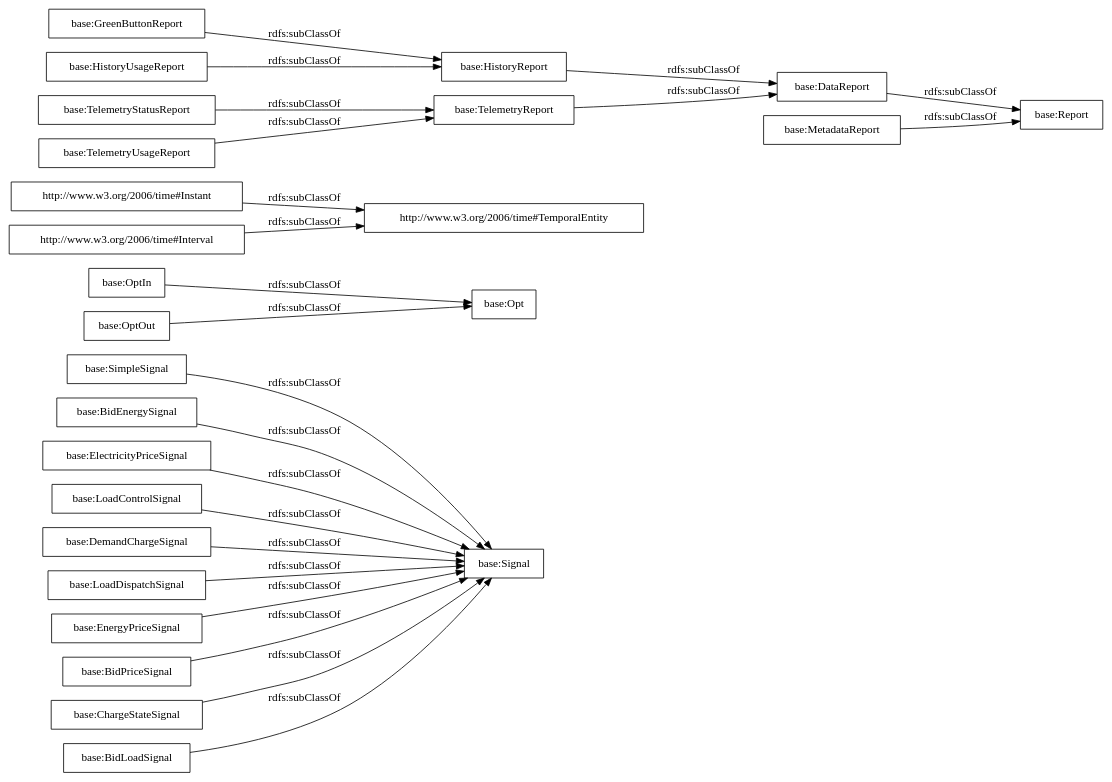
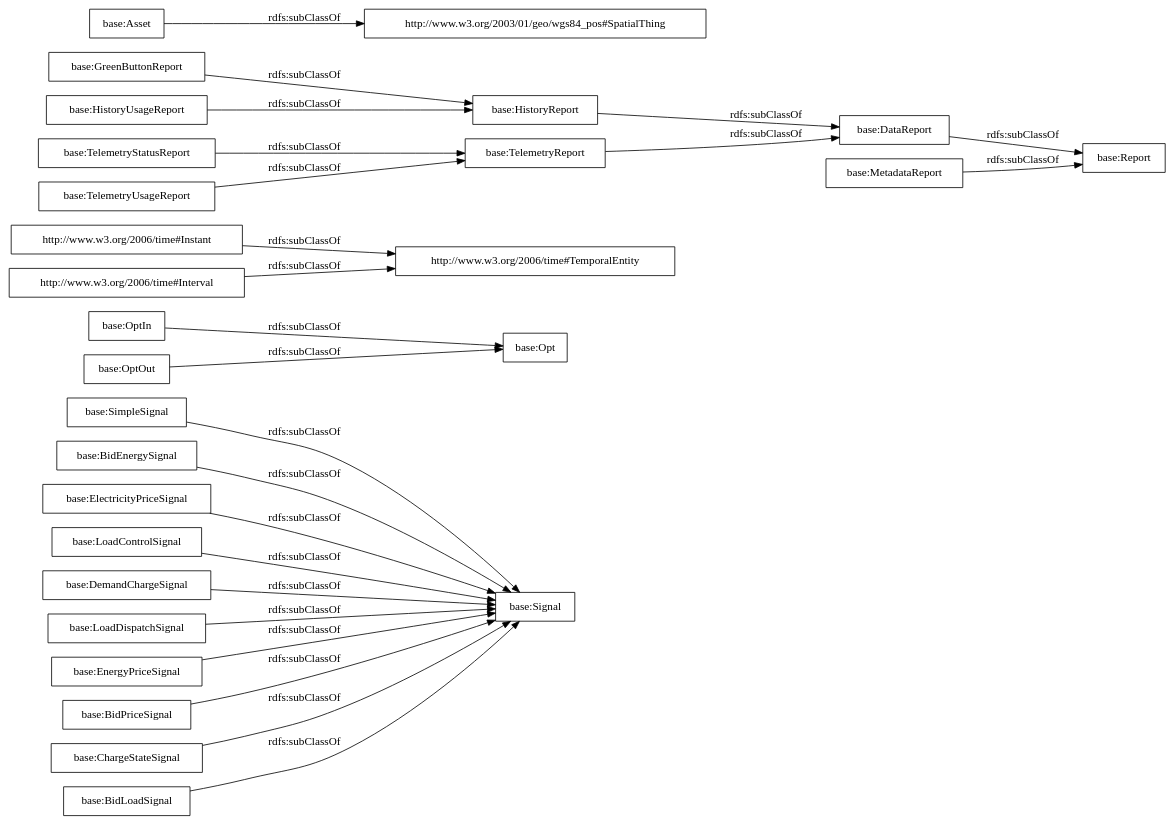
The diagram in OnToology/ontology/openADRontology.owl/diagrams/ar2dtool-taxonomy/openADRontology.owl.png.dot (albaizq/OpenADRontology), drawn with Graphviz before and after one commit. The commit also changed 45 other files, not shown here.

```diff
--- a/OnToology/ontology/openADRontology.owl/diagrams/ar2dtool-taxonomy/openADRontology.owl.png.dot
+++ b/OnToology/ontology/openADRontology.owl/diagrams/ar2dtool-taxonomy/openADRontology.owl.png.dot
@@ -1,28 +1,29 @@
 digraph ar2dtool_diagram { 
 rankdir=LR;
 size="1000"
-node [shape = rectangle, color="black"]; "base:SimpleSignal" "base:Signal" "base:Opt" "http://www.w3.org/2006/time#Instant" "base:GreenButtonReport" "base:DataReport" "base:TelemetryUsageReport" "base:BidEnergySignal" "base:ElectricityPriceSignal" "base:LoadControlSignal" "base:HistoryReport" "base:DemandChargeSignal" "base:OptIn" "base:LoadDispatchSignal" "base:OptOut" "base:EnergyPriceSignal" "base:TelemetryStatusReport" "base:BidPriceSignal" "http://www.w3.org/2006/time#Interval" "base:ChargeStateSignal" "http://www.w3.org/2006/time#TemporalEntity" "base:TelemetryReport" "base:BidLoadSignal" "base:MetadataReport" "base:HistoryUsageReport" "base:Report" ; /*classes style*/
+node [shape = rectangle, color="black"]; "base:SimpleSignal" "base:Signal" "base:Opt" "http://www.w3.org/2006/time#Instant" "base:GreenButtonReport" "base:DataReport" "base:TelemetryUsageReport" "base:BidEnergySignal" "base:ElectricityPriceSignal" "base:LoadControlSignal" "base:HistoryReport" "base:DemandChargeSignal" "base:OptIn" "base:LoadDispatchSignal" "base:OptOut" "base:EnergyPriceSignal" "base:TelemetryStatusReport" "base:BidPriceSignal" "http://www.w3.org/2003/01/geo/wgs84_pos#SpatialThing" "base:Asset" "http://www.w3.org/2006/time#Interval" "base:ChargeStateSignal" "http://www.w3.org/2006/time#TemporalEntity" "base:TelemetryReport" "base:BidLoadSignal" "base:MetadataReport" "base:HistoryUsageReport" "base:Report" ; /*classes style*/
+	"base:Asset" -> "http://www.w3.org/2003/01/geo/wgs84_pos#SpatialThing" [ label = "rdfs:subClassOf" ];
 	"base:DataReport" -> "base:Report" [ label = "rdfs:subClassOf" ];
 	"base:EnergyPriceSignal" -> "base:Signal" [ label = "rdfs:subClassOf" ];
 	"base:SimpleSignal" -> "base:Signal" [ label = "rdfs:subClassOf" ];
 	"base:TelemetryUsageReport" -> "base:TelemetryReport" [ label = "rdfs:subClassOf" ];
 	"base:ChargeStateSignal" -> "base:Signal" [ label = "rdfs:subClassOf" ];
 	"base:HistoryReport" -> "base:DataReport" [ label = "rdfs:subClassOf" ];
 	"http://www.w3.org/2006/time#Interval" -> "http://www.w3.org/2006/time#TemporalEntity" [ label = "rdfs:subClassOf" ];
 	"base:GreenButtonReport" -> "base:HistoryReport" [ label = "rdfs:subClassOf" ];
 	"base:BidLoadSignal" -> "base:Signal" [ label = "rdfs:subClassOf" ];
 	"base:LoadControlSignal" -> "base:Signal" [ label = "rdfs:subClassOf" ];
 	"base:OptOut" -> "base:Opt" [ label = "rdfs:subClassOf" ];
 	"base:BidEnergySignal" -> "base:Signal" [ label = "rdfs:subClassOf" ];
 	"base:BidPriceSignal" -> "base:Signal" [ label = "rdfs:subClassOf" ];
 	"base:ElectricityPriceSignal" -> "base:Signal" [ label = "rdfs:subClassOf" ];
 	"base:OptIn" -> "base:Opt" [ label = "rdfs:subClassOf" ];
 	"base:MetadataReport" -> "base:Report" [ label = "rdfs:subClassOf" ];
 	"http://www.w3.org/2006/time#Instant" -> "http://www.w3.org/2006/time#TemporalEntity" [ label = "rdfs:subClassOf" ];
 	"base:LoadDispatchSignal" -> "base:Signal" [ label = "rdfs:subClassOf" ];
 	"base:TelemetryReport" -> "base:DataReport" [ label = "rdfs:subClassOf" ];
 	"base:TelemetryStatusReport" -> "base:TelemetryReport" [ label = "rdfs:subClassOf" ];
 	"base:HistoryUsageReport" -> "base:HistoryReport" [ label = "rdfs:subClassOf" ];
 	"base:DemandChargeSignal" -> "base:Signal" [ label = "rdfs:subClassOf" ];
 
 }
```
